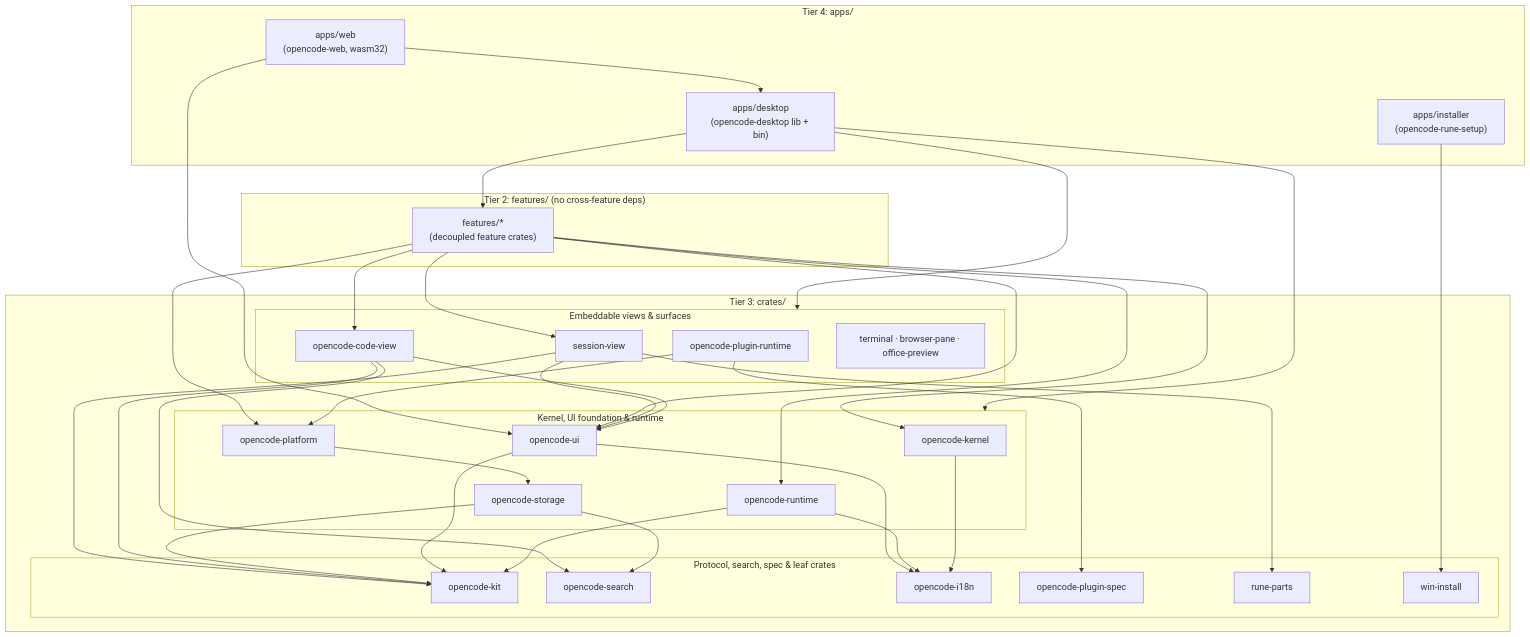
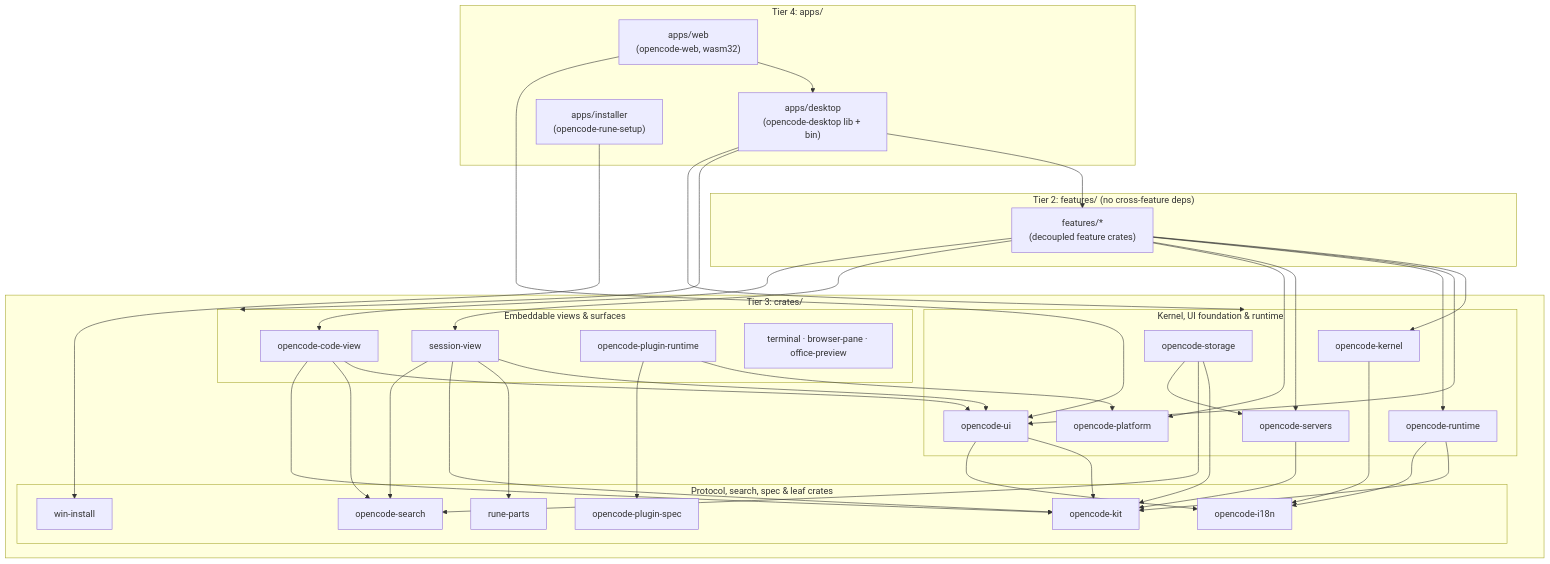
One commit to anomalyco/opencode-desktop changed the diagram in ARCHITECTURE.md. Above: the diagram before and after it, drawn with Mermaid. The commit also changed other lines of this file and 140 other files, not shown here.

First line of the commit message:
refactor: move app-specific server machines out of opencode-kit and cut session-view and storage dependencies (#213)

````diff
--- a/ARCHITECTURE.md
+++ b/ARCHITECTURE.md
@@ -150,67 +151,71 @@
 ```mermaid
 flowchart TB
   subgraph T4["Tier 4: apps/"]
     WEB["apps/web<br/>(opencode-web, wasm32)"]
     DESKTOP["apps/desktop<br/>(opencode-desktop lib + bin)"]
     INSTALLER["apps/installer<br/>(opencode-rune-setup)"]
   end
 
   subgraph T2["Tier 2: features/ (no cross-feature deps)"]
     FEATS["features/*<br/>(decoupled feature crates)"]
   end
 
   subgraph T3["Tier 3: crates/"]
     subgraph T3_TOP["Embeddable views &amp; surfaces"]
       SV["session-view"]
       CV["opencode-code-view"]
       PR["opencode-plugin-runtime"]
       SURF["terminal · browser-pane · office-preview"]
     end
     subgraph T3_MID["Kernel, UI foundation &amp; runtime"]
       KERNEL["opencode-kernel"]
       UI["opencode-ui"]
       RT["opencode-runtime"]
+      SRVS["opencode-servers"]
       PLAT["opencode-platform"]
       STOR["opencode-storage"]
     end
     subgraph T3_BASE["Protocol, search, spec &amp; leaf crates"]
       KIT["opencode-kit"]
       SEARCH["opencode-search"]
       I18N["opencode-i18n"]
       SPEC["opencode-plugin-spec"]
       PARTS["rune-parts"]
       WIN["win-install"]
     end
   end
 
   WEB --> DESKTOP
   WEB --> UI
   DESKTOP --> FEATS
   DESKTOP --> T3_TOP
   DESKTOP --> T3_MID
   INSTALLER --> WIN
 
   FEATS --> KERNEL
   FEATS --> UI
   FEATS --> RT
+  FEATS --> SRVS
   FEATS --> PLAT
   FEATS --> SV
   FEATS --> CV
 
   SV --> UI
   SV --> PARTS
   SV --> KIT
+  SV --> SEARCH
   CV --> UI
   CV --> SEARCH
   CV --> KIT
   PR --> PLAT
   PR --> SPEC
-  PLAT --> STOR
   STOR --> KIT
   STOR --> SEARCH
+  STOR --> SRVS
+  SRVS --> KIT
   UI --> KIT
   UI --> I18N
   RT --> KIT
   RT --> I18N
   KERNEL --> I18N
 ```
````
